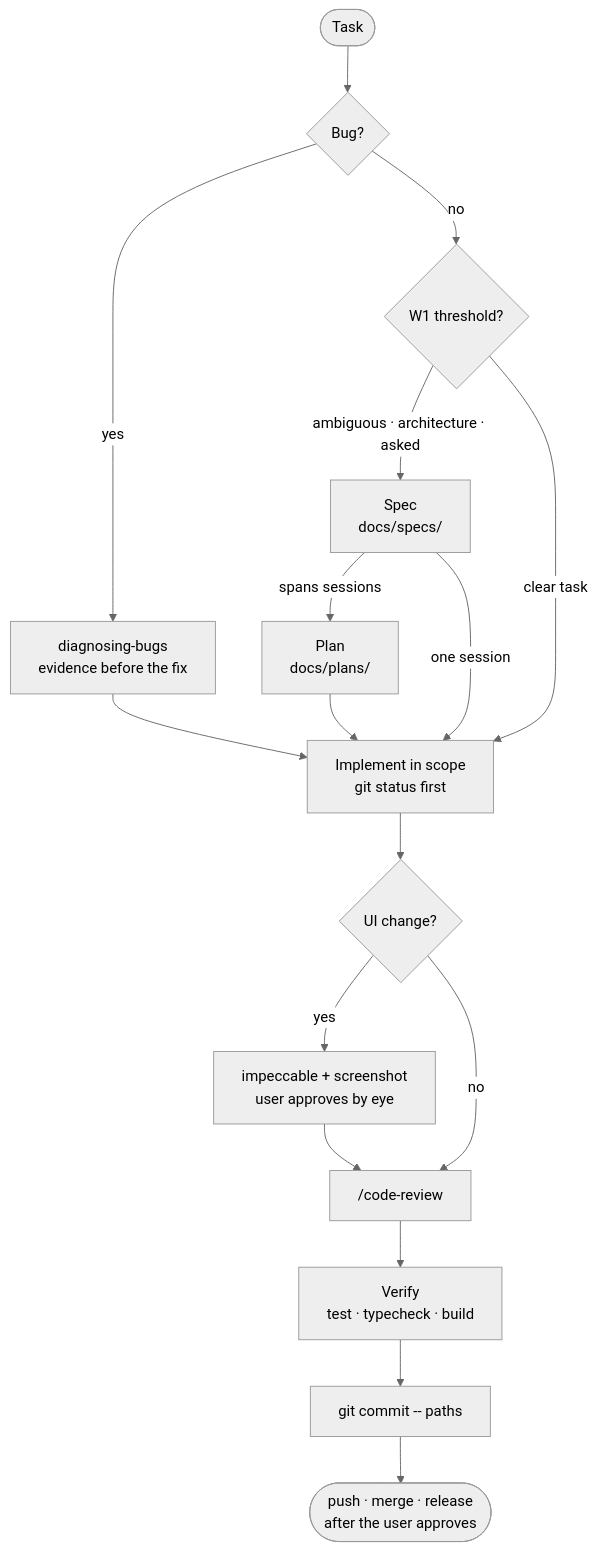
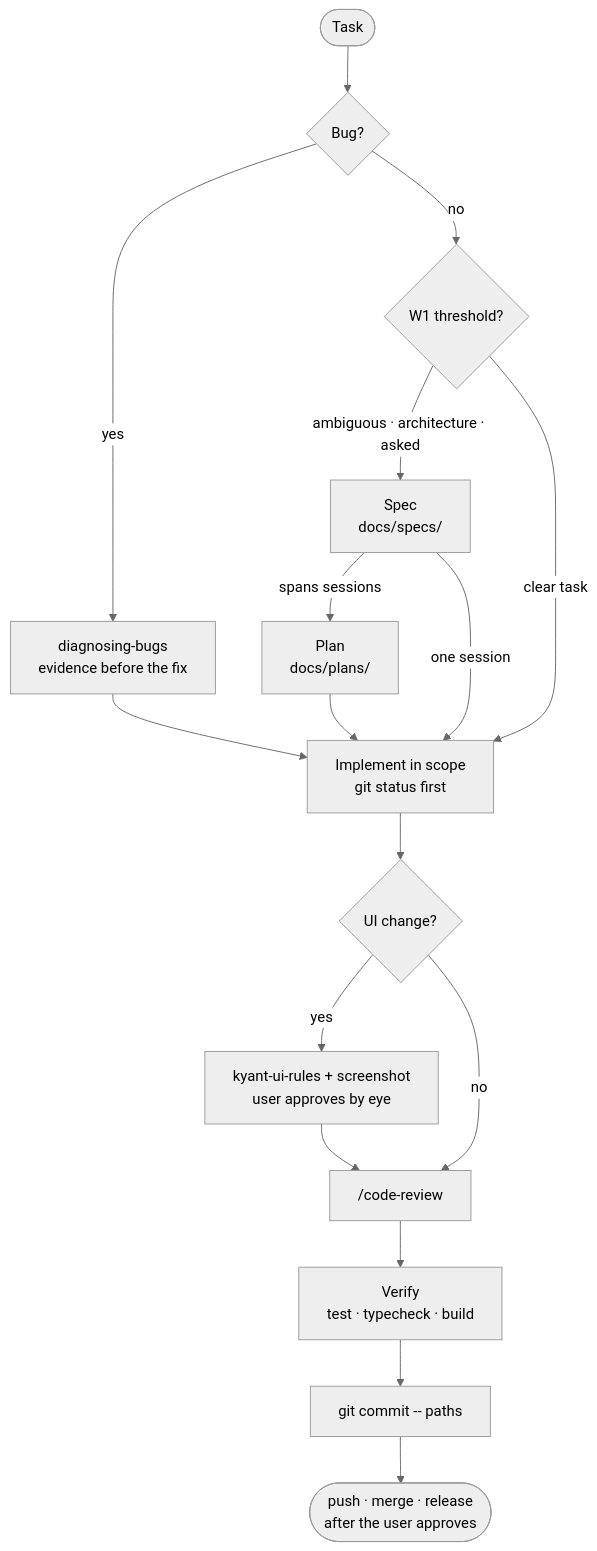
One commit to mxrsv/agents-skills changed the second of 2 diagrams in README.en.md. Above: the diagram before and after it, drawn with Mermaid (neutral theme). The commit also changed other lines of this file and 113 other files, not shown here.

````diff
--- a/README.en.md
+++ b/README.en.md
@@ -34,19 +34,19 @@
 ```mermaid
 flowchart TD
     R([Task]) --> B{"Bug?"}
     B -- "yes" --> DB["diagnosing-bugs<br/>evidence before the fix"]
     B -- "no" --> W1{"W1 threshold?"}
     W1 -- "ambiguous · architecture · asked" --> SP["Spec<br/>docs/specs/"]
     SP -- "spans sessions" --> PL["Plan<br/>docs/plans/"]
     W1 -- "clear task" --> I["Implement in scope<br/>git status first"]
     DB --> I
     SP -- "one session" --> I
     PL --> I
     I --> UI{"UI change?"}
-    UI -- "yes" --> IM["impeccable + screenshot<br/>user approves by eye"]
+    UI -- "yes" --> IM["kyant-ui-rules + screenshot<br/>user approves by eye"]
     UI -- "no" --> RC["/code-review"]
     IM --> RC
     RC --> V["Verify<br/>test · typecheck · build"]
     V --> C["git commit -- paths"]
     C --> P(["push · merge · release<br/>after the user approves"])
 ```
````
